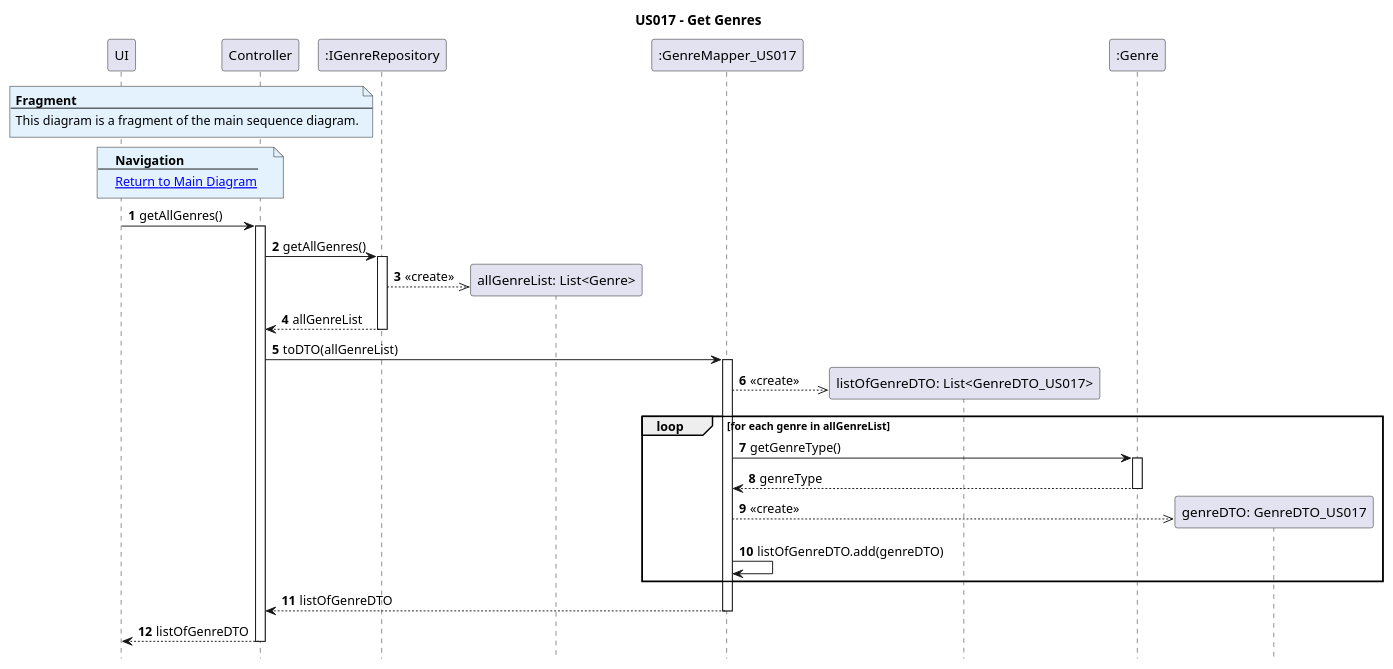
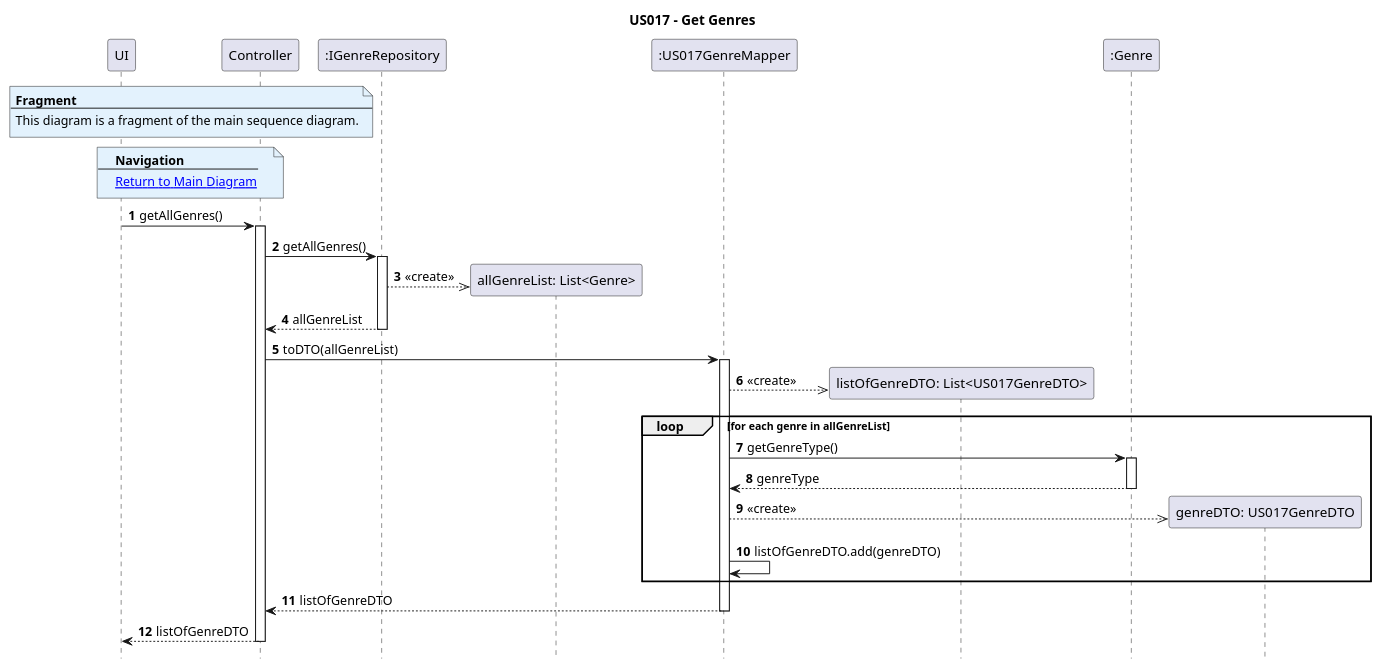
The diagram in Diagrams/SequenceDiagrams/N2/US017-to-create-private-publication-list/2.GetGenres.puml (AndrePereiraGitH/SWitCH-Project-Team_A), drawn with PlantUML before and after one commit. The commit also changed 10 other files, not shown here.

Commit message:
refactor #591: rename GenreMapper_US017/GenreDTO_US017 to US017GenreMapper/US017GenreDTO, make mapper static utility class

```diff
--- a/Diagrams/SequenceDiagrams/N2/US017-to-create-private-publication-list/2.GetGenres.puml
+++ b/Diagrams/SequenceDiagrams/N2/US017-to-create-private-publication-list/2.GetGenres.puml
@@ -1,56 +1,56 @@
 @startuml
 hide footbox
 autonumber
 title US017 - Get Genres
 
 note over UI, Controller #E3F2FD
 <b>Fragment</b>
 ---
 This diagram is a fragment of the main sequence diagram.
 end note
 
 note over UI, Controller #E3F2FD
 <b>Navigation</b>
 ---
 [[1.MainDiagram.puml Return to Main Diagram]]
 end note
 
 participant ":UI017" as UI
 participant ":US017ToCreateCollectionOfPublicationsController" as Controller
 participant ":IGenreRepository" as GenreRepo
 participant "allGenreList: List<Genre>" as allGenreList
-participant ":GenreMapper_US017" as GenreMapper
-participant "listOfGenreDTO: List<GenreDTO_US017>" as listOfGenreDTO
+participant ":US017GenreMapper" as GenreMapper
+participant "listOfGenreDTO: List<US017GenreDTO>" as listOfGenreDTO
 participant ":Genre" as Genre
-participant "genreDTO: GenreDTO_US017" as GDTO
+participant "genreDTO: US017GenreDTO" as GDTO
 
 UI -> Controller : getAllGenres()
 activate Controller
 
 Controller -> GenreRepo : getAllGenres()
 activate GenreRepo
 GenreRepo -->> allGenreList ** : <<create>>
 GenreRepo --> Controller : allGenreList
 deactivate GenreRepo
 
 Controller -> GenreMapper : toDTO(allGenreList)
 activate GenreMapper
 GenreMapper -->> listOfGenreDTO ** : <<create>>
 
 loop for each genre in allGenreList
     GenreMapper -> Genre : getGenreType()
     activate Genre
     Genre --> GenreMapper : genreType
     deactivate Genre
 
     GenreMapper -->> GDTO ** : <<create>>
     GenreMapper -> GenreMapper : listOfGenreDTO.add(genreDTO)
 end
 
 GenreMapper --> Controller : listOfGenreDTO
 deactivate GenreMapper
 
 Controller --> UI : listOfGenreDTO
 deactivate Controller
 
 @enduml
```
